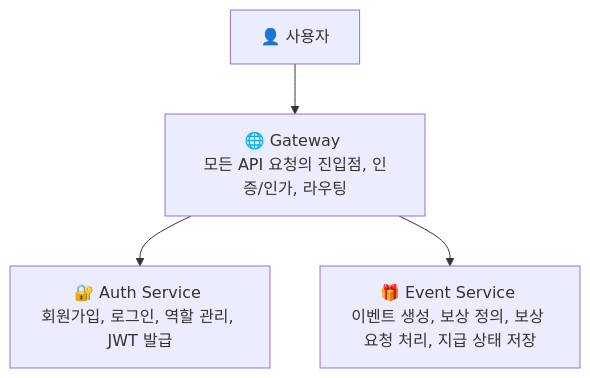
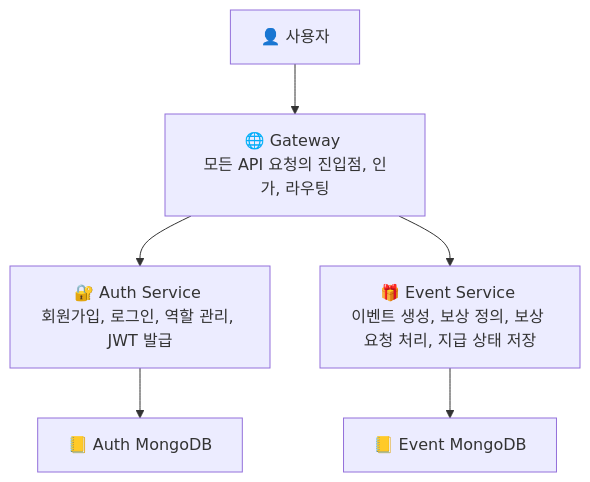
One commit to argon1025/nexon-assignment changed the diagram in README.md. Above: the diagram before and after it, drawn with Mermaid. The commit also changed other lines of this file and 1 other file, not shown here.

````diff
--- a/README.md
+++ b/README.md
@@ -8,11 +11,15 @@
 ```mermaid
 graph TD;
     Client[👤 사용자];
-    Gateway[🌐 Gateway <br>모든 API 요청의 진입점, 인증/인가, 라우팅];
+    Gateway[🌐 Gateway <br>모든 API 요청의 진입점, 인가, 라우팅];
     AuthService[🔐 Auth Service <br>회원가입, 로그인, 역할 관리, JWT 발급];
+    AuthDB[📒 Auth MongoDB];
     EventService[🎁 Event Service <br>이벤트 생성, 보상 정의, 보상 요청 처리, 지급 상태 저장];
+    EventDB[📒 Event MongoDB];
 
     Client --> Gateway;
     Gateway --> AuthService;
     Gateway --> EventService;
+    AuthService --> AuthDB;
+    EventService --> EventDB;
 ```
````
